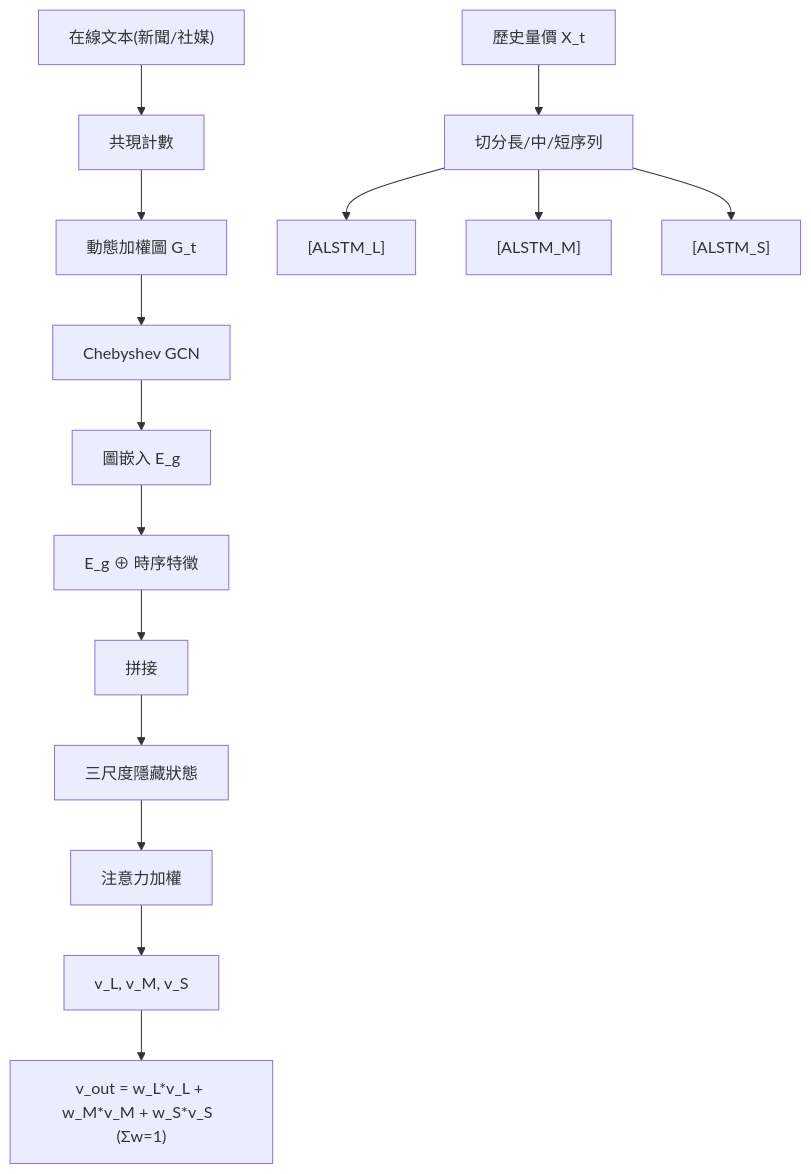
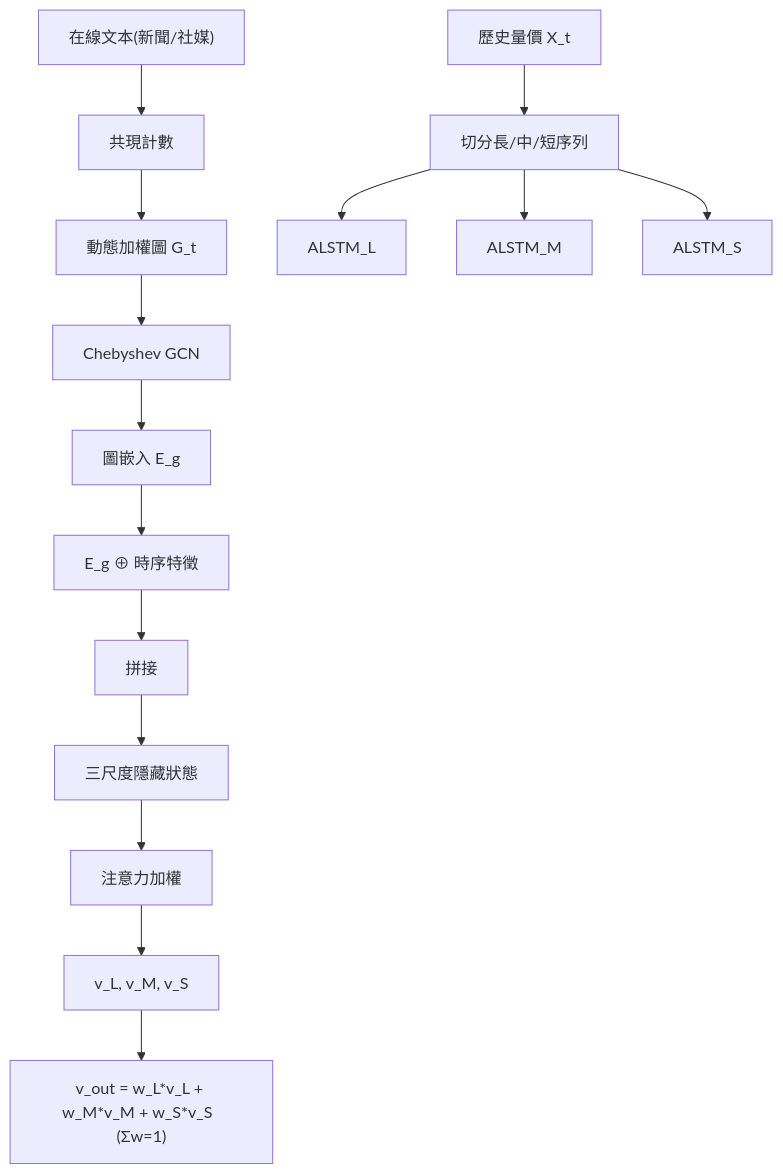
The diagram in foundations/graph-networks/cograsp.md (sou350121/Trading-Handbook), drawn with Mermaid before and after one commit. The commit also changed 191 other files, not shown here.

First line of the commit message:
render: fix math + mermaid for GitHub across the corpus (188 pages)

````diff
--- a/foundations/graph-networks/cograsp.md
+++ b/foundations/graph-networks/cograsp.md
@@ -33,17 +33,17 @@
 ```mermaid
 flowchart TD
     A["在線文本(新聞/社媒)"] --> B["共現計數"]
     B --> C["動態加權圖 G_t"]
     D["歷史量價 X_t"] --> E["切分長/中/短序列"]
-    E --> F["[ALSTM_L]"]
-    E --> G["[ALSTM_M]"]
-    E --> H["[ALSTM_S]"]
+    E --> F["ALSTM_L"]
+    E --> G["ALSTM_M"]
+    E --> H["ALSTM_S"]
     C --> I["Chebyshev GCN"]
     I --> J["圖嵌入 E_g"]
     J --> K["E_g ⊕ 時序特徵"]
     K --> L["拼接"]
     L --> M["三尺度隱藏狀態"]
     M --> N["注意力加權"]
     N --> O["v_L, v_M, v_S"]
     O --> P["v_out = w_L*v_L + w_M*v_M + w_S*v_S  (Σw=1)"]
 ```
````
